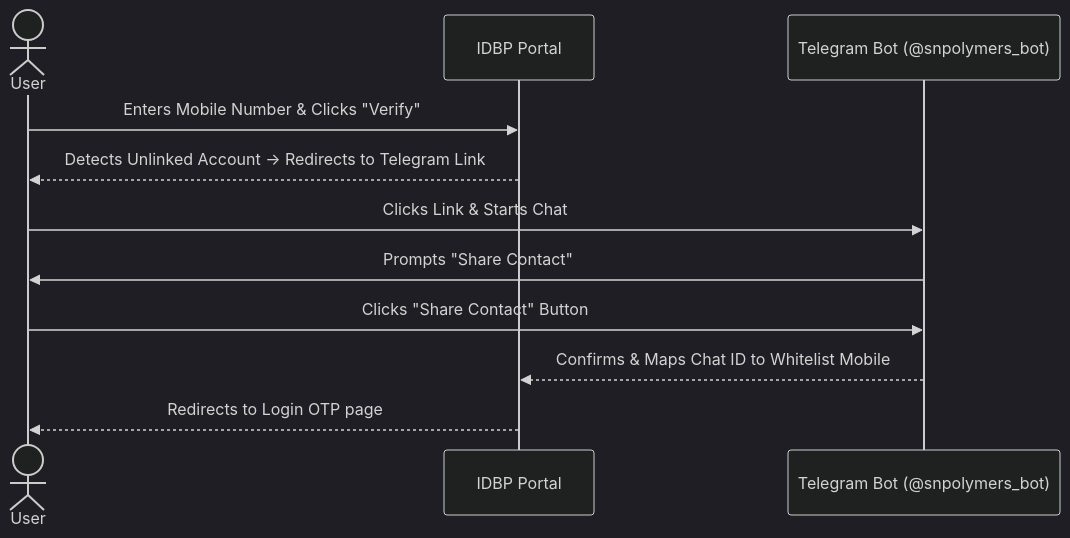
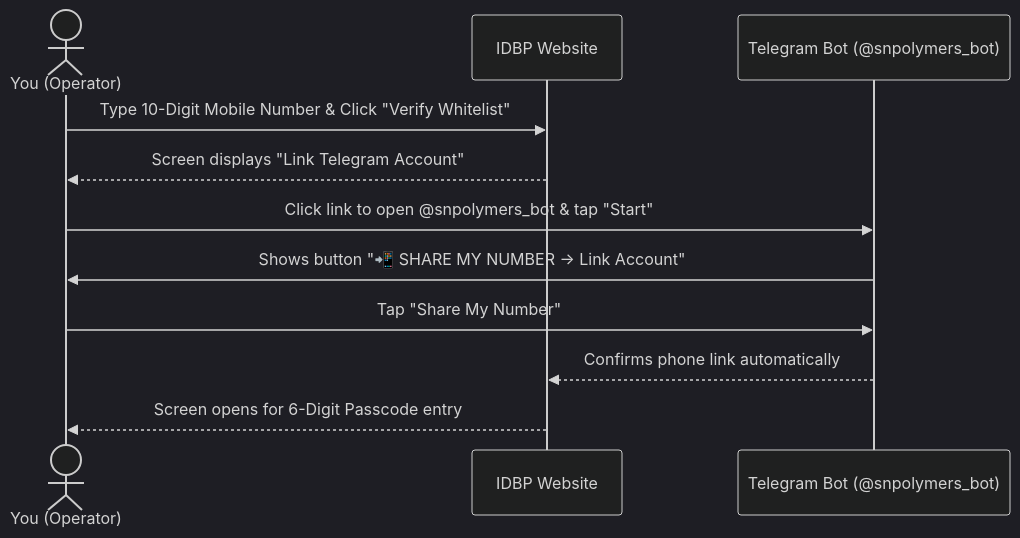
The first of 3 diagrams in documentation/USER_MANUAL.md (Zenoguy/SNPolymers), drawn with Mermaid (dark theme) before and after one commit. The commit also changed other lines of this file, not shown here.

Commit message:
updated user manual

````diff
--- a/documentation/USER_MANUAL.md
+++ b/documentation/USER_MANUAL.md
@@ -48,14 +60,14 @@
 ```mermaid
 sequenceDiagram
-    actor User
-    participant System as IDBP Portal
-    participant Bot as Telegram Bot (@snpolymers_bot)
+    actor User as You (Operator)
+    participant Website as IDBP Website
+    participant Telegram as Telegram Bot (@snpolymers_bot)
     
-    User->>System: Enters Mobile Number & Clicks "Verify"
-    System-->>User: Detects Unlinked Account -> Redirects to Telegram Link
-    User->>Bot: Clicks Link & Starts Chat
-    Bot->>User: Prompts "Share Contact"
-    User->>Bot: Clicks "Share Contact" Button
-    Bot-->>System: Confirms & Maps Chat ID to Whitelist Mobile
-    System-->>User: Redirects to Login OTP page
+    User->>Website: Type 10-Digit Mobile Number & Click "Verify Whitelist"
+    Website-->>User: Screen displays "Link Telegram Account"
+    User->>Telegram: Click link to open @snpolymers_bot & tap "Start"
+    Telegram->>User: Shows button "📲 SHARE MY NUMBER -> Link Account"
+    User->>Telegram: Tap "Share My Number"
+    Telegram-->>Website: Confirms phone link automatically
+    Website-->>User: Screen opens for 6-Digit Passcode entry
 ```
````
